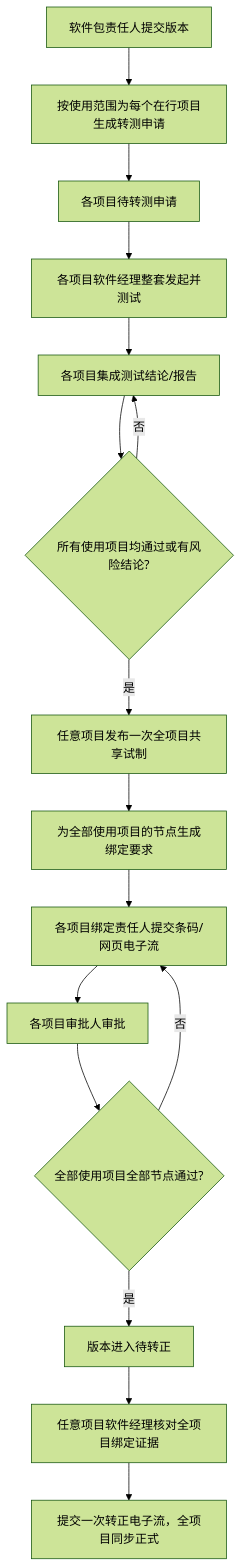
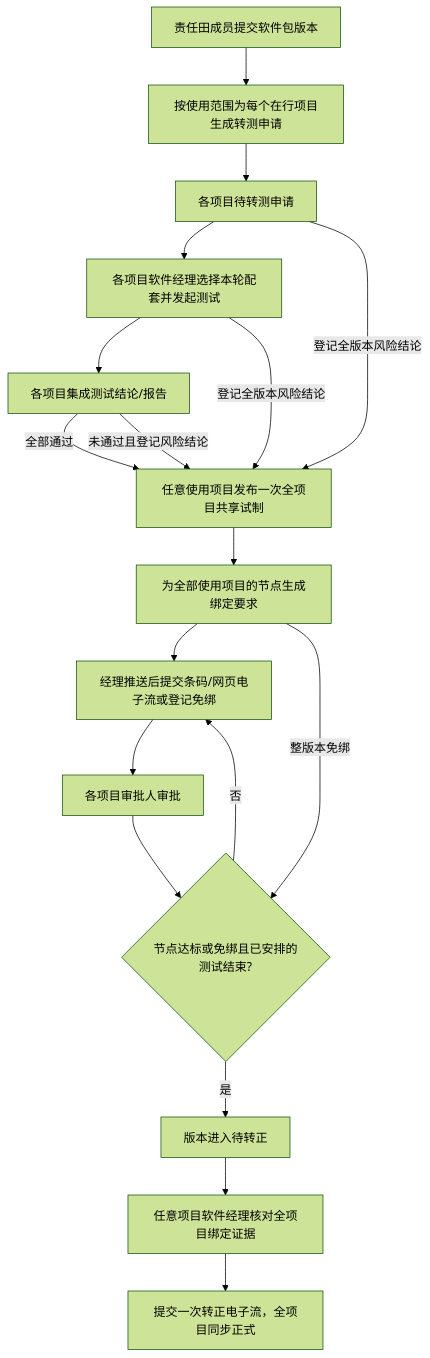
One commit to 920171519/toolkit changed the first of 3 diagrams in docs/业务逻辑与联动关系.md. Above: the diagram before and after it, drawn with Mermaid (forest theme). The commit also changed other lines of this file and 40 other files, not shown here.

````diff
--- a/docs/业务逻辑与联动关系.md
+++ b/docs/业务逻辑与联动关系.md
@@ -28,18 +27,20 @@
 ```mermaid
 flowchart TD
-  A[软件包责任人提交版本] --> B[按使用范围为每个在行项目生成转测申请]
+  A[责任田成员提交软件包版本] --> B[按使用范围为每个在行项目生成转测申请]
   B --> C[各项目待转测申请]
-  C --> D[各项目软件经理整套发起并测试]
+  C --> D[各项目软件经理选择本轮配套并发起测试]
   D --> E[各项目集成测试结论/报告]
-  E --> F{所有使用项目均通过或有风险结论?}
-  F -->|否| E
-  F -->|是| G[任意项目发布一次全项目共享试制]
+  E -->|全部通过| G[任意使用项目发布一次全项目共享试制]
+  C -->|登记全版本风险结论| G
+  D -->|登记全版本风险结论| G
+  E -->|未通过且登记风险结论| G
   G --> H[为全部使用项目的节点生成绑定要求]
-  H --> I[各项目绑定责任人提交条码/网页电子流]
+  H --> I[经理推送后提交条码/网页电子流或登记免绑]
   I --> J[各项目审批人审批]
-  J --> K{全部使用项目全部节点通过?}
+  J --> K{节点达标或免绑且已安排的测试结束?}
+  H -->|整版本免绑| K
   K -->|否| I
   K -->|是| L[版本进入待转正]
   L --> M[任意项目软件经理核对全项目绑定证据]
   M --> N[提交一次转正电子流，全项目同步正式]
 ```
````
